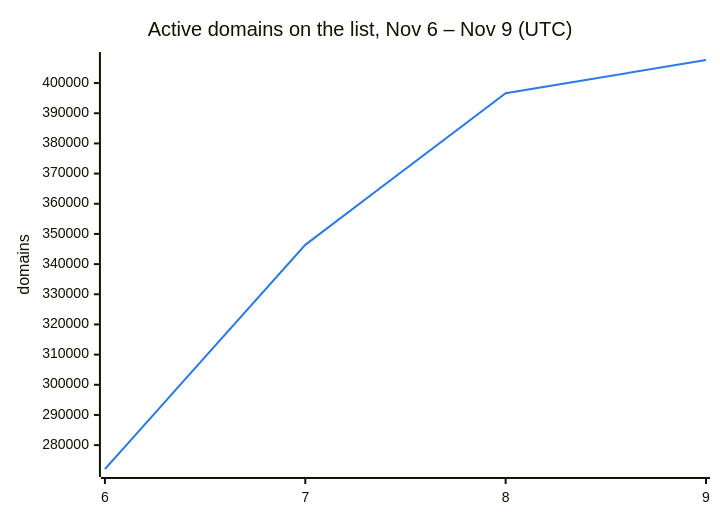
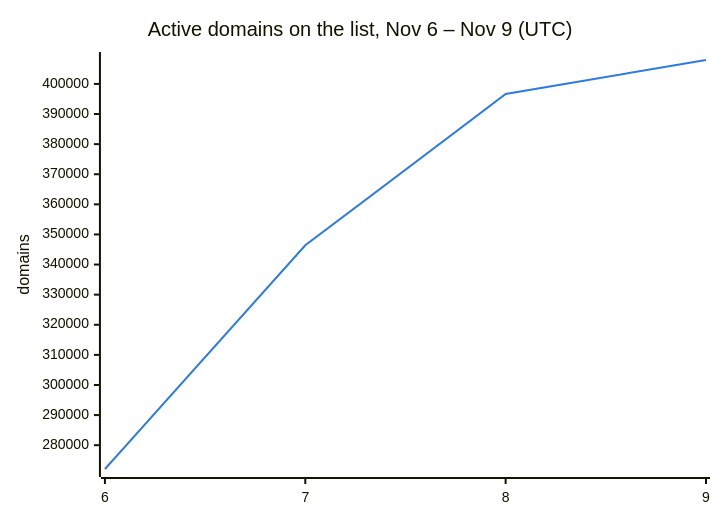
The second of 3 diagrams in README.md (DNSBunker/CTI), drawn with Mermaid before and after one commit. The commit also changed other lines of this file and 3 other files, not shown here.

````diff
--- a/README.md
+++ b/README.md
@@ -38,8 +38,8 @@
 ```mermaid
 %%{init: {"themeVariables": {"xyChart": {"plotColorPalette": "#2c7be5"}}}}%%
 xychart-beta
     title "Active domains on the list, Nov 6 – Nov 9 (UTC)"
     x-axis ["6", "7", "8", "9"]
     y-axis "domains"
-    line [272088, 346388, 396638, 407649]
+    line [272088, 346388, 396638, 407947]
 ```
````
